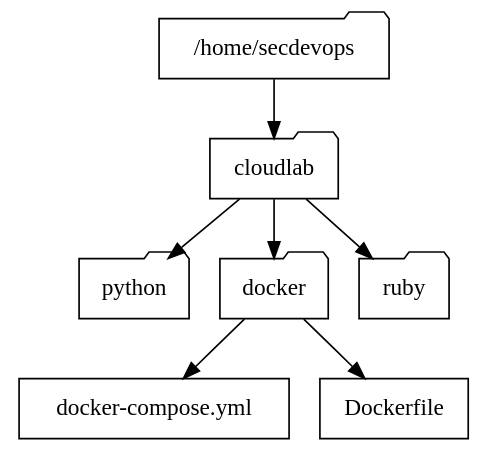
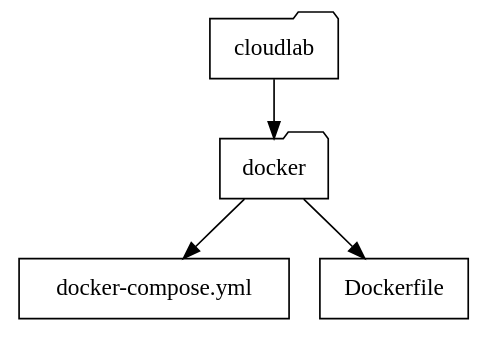
One commit to ajcborges/devsecops-tactical-workbook changed the diagram in docs/_source/docker.rst. Above: the diagram before and after it, drawn with Graphviz. The commit also changed other lines of this file and 18 other files, not shown here.

```diff
--- a/docs/_source/docker.rst
+++ b/docs/_source/docker.rst
@@ -93,19 +99,13 @@
 .. graphviz::
    :caption: Project Directory
    :align: center
 
    digraph folders {
-      "/home/secdevops" [shape=folder];
       "cloudlab" [shape=folder];
-      "python" [shape=folder];
       "docker" [shape=folder];
-      "ruby" [shape=folder];
       "docker-compose.yml" [shape=rect];
       "Dockerfile" [shape=rect];
-      "/home/secdevops" -> "cloudlab";
-      "cloudlab" -> "python";
-      "cloudlab" -> "ruby";
       "cloudlab" -> "docker";
       "docker" -> "Dockerfile";
       "docker" -> "docker-compose.yml";
    }
```
